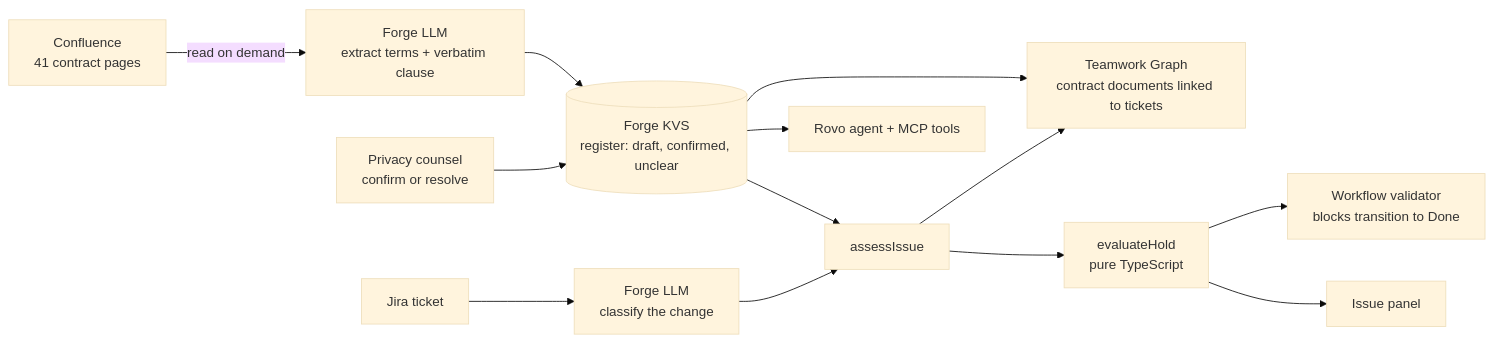
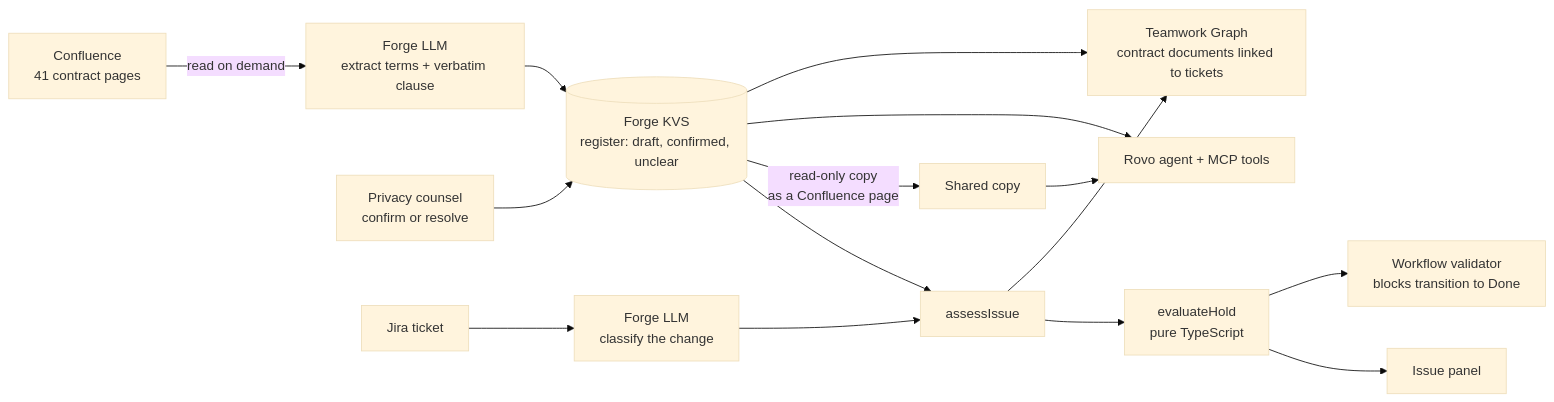
One commit to EmekaManuel/aviso-previo changed the diagram in README.md. Above: the diagram before and after it, drawn with Mermaid (base theme). The commit also changed other lines of this file and 1 other file, not shown here.

Commit message:
docs: bring the README up to date (92 tests, shared register copy, live results, corrected steps and links)

````diff
--- a/README.md
+++ b/README.md
@@ -170,15 +171,17 @@
 ```mermaid
 flowchart LR
   C[Confluence<br/>41 contract pages] -->|read on demand| X[Forge LLM<br/>extract terms + verbatim clause]
   X --> R[(Forge KVS<br/>register: draft, confirmed, unclear)]
   Counsel[Privacy counsel<br/>confirm or resolve] --> R
   J[Jira ticket] --> L[Forge LLM<br/>classify the change]
   L --> A[assessIssue]
   R --> A
   A --> H[evaluateHold<br/>pure TypeScript]
   H --> P[Issue panel]
   H --> V[Workflow validator<br/>blocks transition to Done]
+  R -->|read-only copy<br/>as a Confluence page| S[Shared copy]
   R --> M[Rovo agent + MCP tools]
+  S --> M
   R --> G[Teamwork Graph<br/>contract documents linked to tickets]
   A --> G
 ```
````
